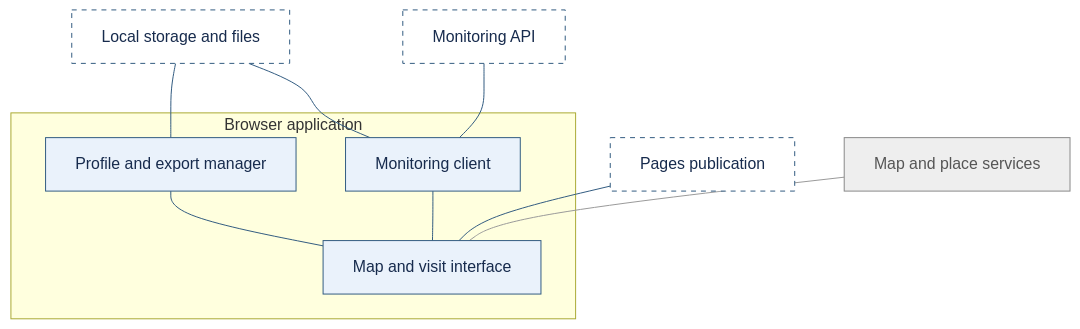
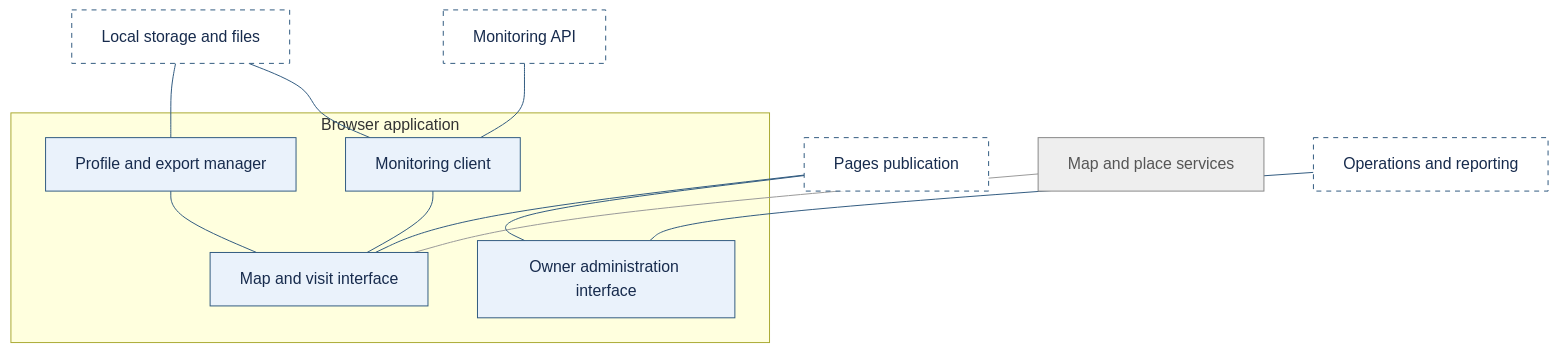
The fourth of 8 diagrams in ARCHITECTURE.md (pekka-28/unesco), drawn with Mermaid before and after one commit. The commit also changed other lines of this file and 16 other files, not shown here.

Commit message:
Add authenticated owner administration and operational API inventory (#24)

````diff
--- a/ARCHITECTURE.md
+++ b/ARCHITECTURE.md
@@ -123,27 +124,31 @@
 ```mermaid
 flowchart TB
     Local["Local storage and files"]
     Pages["Pages publication"]
     API["Monitoring API"]
     Maps["Map and place services"]
     subgraph Browser["Browser application"]
         Profile["Profile and export manager"]
         Client["Monitoring client"]
         UI["Map and visit interface"]
+        AdminUI["Owner administration interface"]
         Profile --- UI
         Client --- UI
     end
     Local --- Profile
     Local --- Client
     API --- Client
     Pages --- UI
     Maps --- UI
+    Operations["Operations and reporting"]
+    Operations --- AdminUI
+    Pages --- AdminUI
     classDef owned fill:#eaf2fb,stroke:#315b80,color:#172b4d
     classDef sibling fill:#ffffff,stroke:#315b80,color:#172b4d,stroke-dasharray:5 5
     classDef external fill:#eeeeee,stroke:#888888,color:#555555
     linkStyle default stroke:#315b80
-    class Profile,Client,UI owned
-    class Local,Pages,API sibling
+    class Profile,Client,UI,AdminUI owned
+    class Local,Pages,API,Operations sibling
     class Maps external
     linkStyle 6 stroke:#999999
 ```
````
